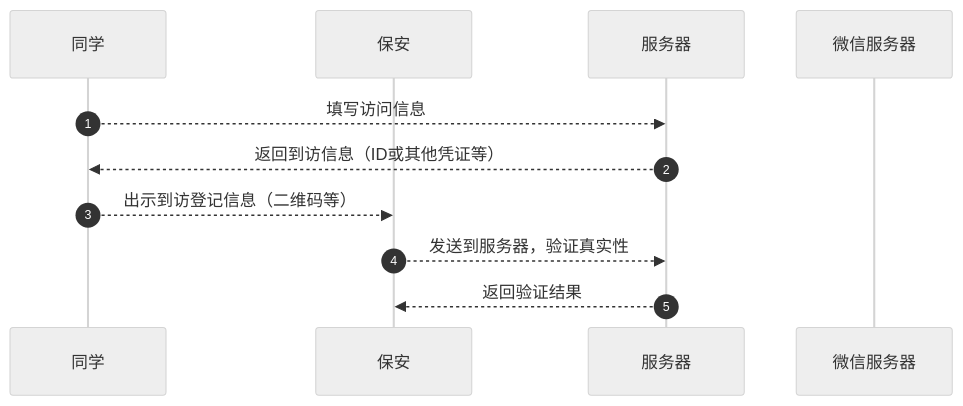
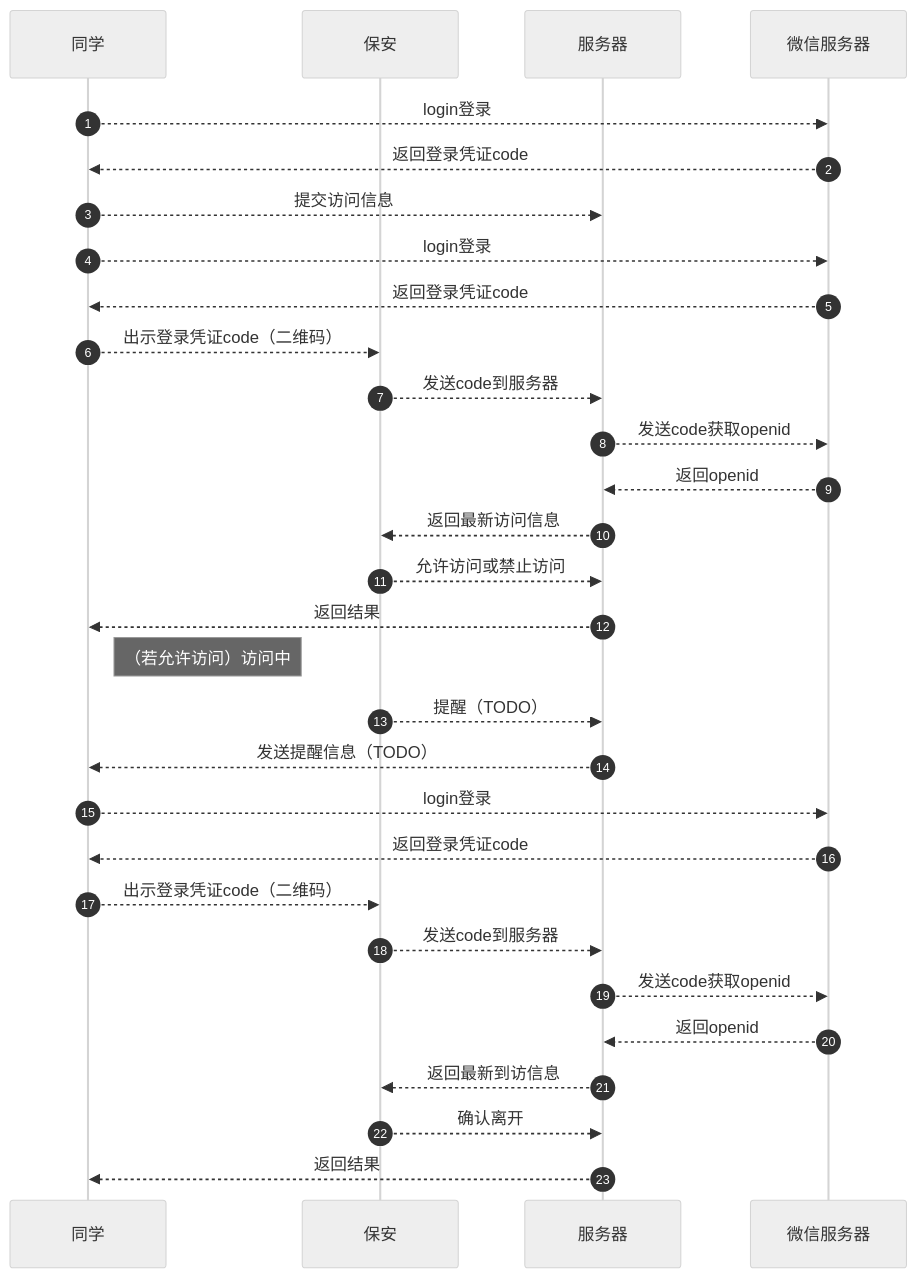
One commit to Akira-u/Zijing-Guest changed the diagram in 流程图.md. Above: the diagram before and after it, drawn with Mermaid (neutral theme). The commit also changed 7 other files, not shown here.

Commit message:
扫码离开+时间显示+流程图

````diff
--- a/流程图.md
+++ b/流程图.md
@@ -1,16 +1,35 @@
 ```mermaid
 sequenceDiagram
   # 通过设定参与者(participants)的顺序控制展示模块顺序
   autonumber
   participant 同学
 　participant 保安
 　participant 服务器
 　participant 微信服务器
-　同学 -->> 服务器:填写访问信息
-　服务器 -->> 同学:返回到访信息（ID或其他凭证等）
-　同学 -->> 保安:出示到访登记信息（二维码等）
-　保安 -->> 服务器:发送到服务器，验证真实性
-　服务器 -->> 保安:返回验证结果
+　同学 -->> 微信服务器:login登录
+　微信服务器 -->> 同学:返回登录凭证code
+　同学 -->> 服务器:提交访问信息
+　同学 -->> 微信服务器:login登录
+　微信服务器 -->> 同学:返回登录凭证code
+　同学 -->> 保安:出示登录凭证code（二维码）
+　保安 -->> 服务器:发送code到服务器
+　服务器 -->> 微信服务器:发送code获取openid
+　微信服务器 -->> 服务器:返回openid
+　服务器 -->> 保安:返回最新访问信息
+　保安 -->> 服务器:允许访问或禁止访问
+　服务器 -->> 同学:返回结果
+　Note right of 同学:（若允许访问）访问中
+　保安 -->> 服务器:提醒（TODO）
+　服务器 -->> 同学:发送提醒信息（TODO）
+　同学 -->> 微信服务器:login登录
+　微信服务器 -->> 同学:返回登录凭证code
+　同学 -->> 保安:出示登录凭证code（二维码）
+　保安 -->> 服务器:发送code到服务器
+　服务器 -->> 微信服务器:发送code获取openid
+　微信服务器 -->> 服务器:返回openid
+　服务器 -->> 保安:返回最新到访信息
+　保安 -->> 服务器:确认离开
+　服务器 -->> 同学:返回结果
 　
 　
 ```
````
